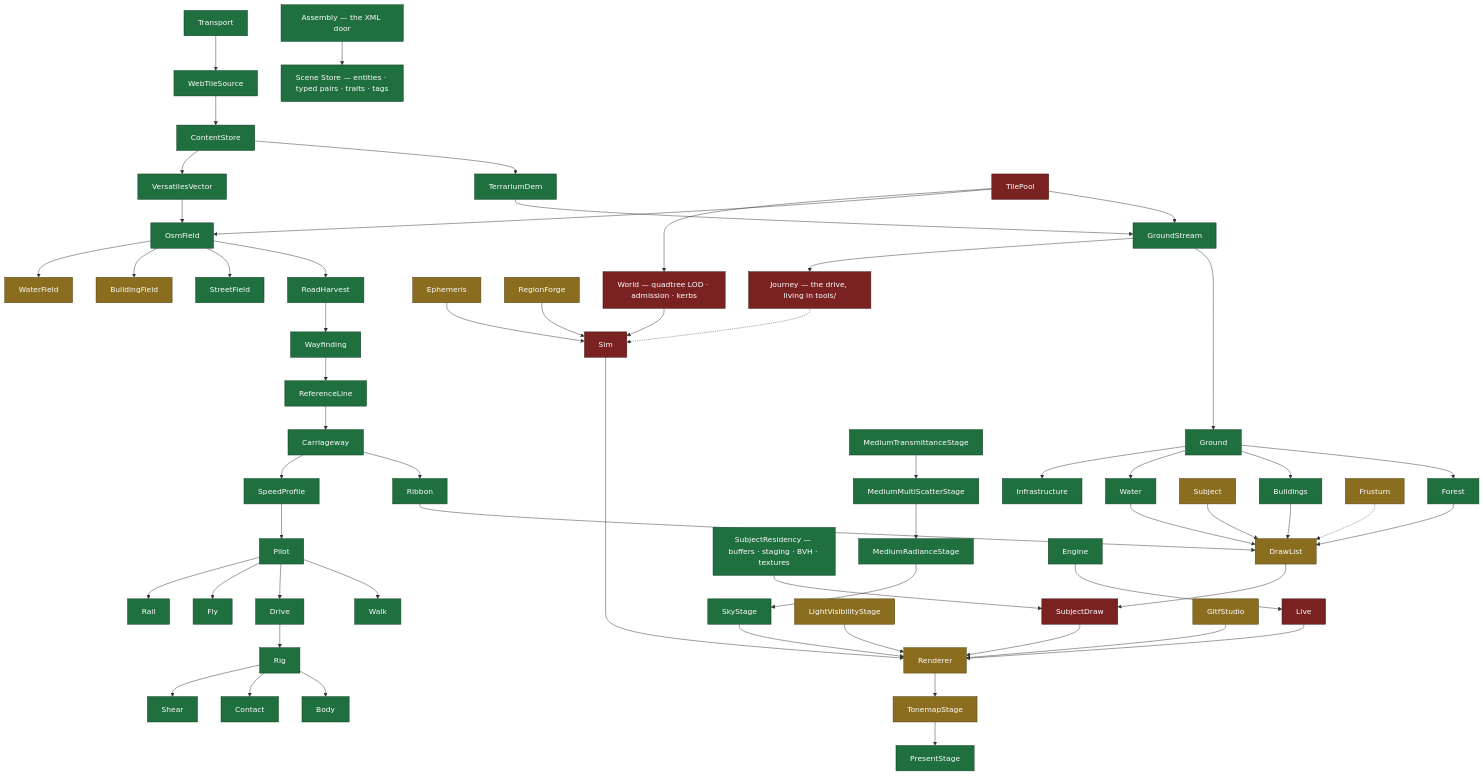
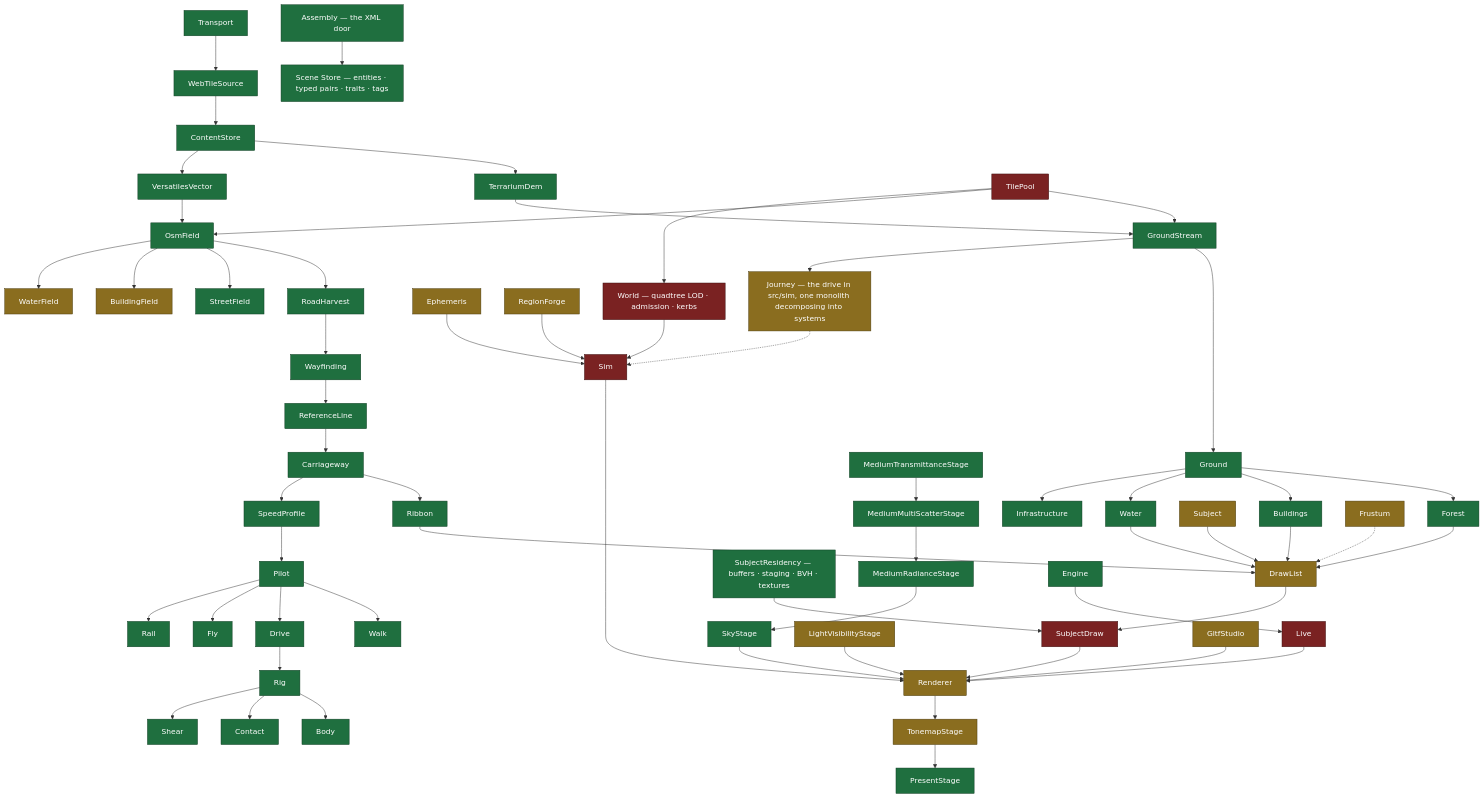
One commit to Weichwolf/outshine changed the sixth of 11 diagrams in CLAUDE.md. Above: the diagram before and after it, drawn with Mermaid. The commit also changed other lines of this file, not shown here.

Commit message:
CLAUDE.md: Journey stands amber in src/sim -- the engine-in-the-tool red is repaid, the monolith decomposes

````diff
--- a/CLAUDE.md
+++ b/CLAUDE.md
@@ -160,34 +160,35 @@
 ```mermaid
 flowchart TD
   Transport --> WebTileSource --> ContentStore --> TerrariumDem & VersatilesVector
   TerrariumDem --> GroundStream
   TilePool --> GroundStream & OsmField
   VersatilesVector --> OsmField --> RoadHarvest --> Wayfinding
   OsmField --> StreetField & BuildingField & WaterField
   GroundStream --> Ground --> Forest & Buildings & Water & Infrastructure
   Wayfinding --> ReferenceLine --> Carriageway --> Ribbon
   Carriageway --> SpeedProfile --> Pilot --> Walk & Drive & Fly & Rail
   Drive --> Rig --> Body
   Rig --> Contact & Shear
   Forest & Buildings & Water & Ribbon & Subject --> DrawList
   DrawList --> SubjectDraw --> Renderer
   SubjectResidency["SubjectResidency — buffers · staging · BVH · textures"] --> SubjectDraw
   MediumTransmittanceStage --> MediumMultiScatterStage --> MediumRadianceStage --> SkyStage --> Renderer
   LightVisibilityStage --> Renderer --> TonemapStage --> PresentStage
   Live --> Renderer
   Ephemeris & RegionForge --> Sim --> Renderer
   Frustum -.-> DrawList
   TilePool --> World["World — quadtree LOD · admission · kerbs"] --> Sim
-  GroundStream --> Journey["Journey — the drive, living in tools/"]
+  GroundStream --> Journey["Journey — the drive in src/sim, one monolith decomposing into systems"]
   Journey -.-> Sim
   Engine --> Live
   GltfStudio --> Renderer
   Assembly["Assembly — the XML door"] --> SceneStore["Scene Store — entities · typed pairs · traits · tags"]
 
   classDef sound fill:#1f6f3f,stroke:#0d3b21,color:#fff
   classDef unsure fill:#8a6d1f,stroke:#4a3a0d,color:#fff
   classDef wrong fill:#7a2222,stroke:#3d1111,color:#fff
   class Transport,WebTileSource,ContentStore,TerrariumDem,VersatilesVector,GroundStream,OsmField,RoadHarvest,Wayfinding,StreetField,Ground,Forest,Buildings,Water,Infrastructure,ReferenceLine,Carriageway,Ribbon,SpeedProfile,Pilot,Walk,Drive,Fly,Rail,Rig,Body,Contact,Shear,MediumTransmittanceStage,MediumMultiScatterStage,MediumRadianceStage,SkyStage,PresentStage,Engine,SceneStore,Assembly,SubjectResidency sound
   class BuildingField,WaterField,Subject,DrawList,Renderer,TonemapStage,LightVisibilityStage,Frustum,Ephemeris,RegionForge,GltfStudio unsure
-  class TilePool,World,SubjectDraw,Sim,Live,Journey wrong
+  class TilePool,World,SubjectDraw,Sim,Live wrong
+  class Journey unsure
 ```
````
